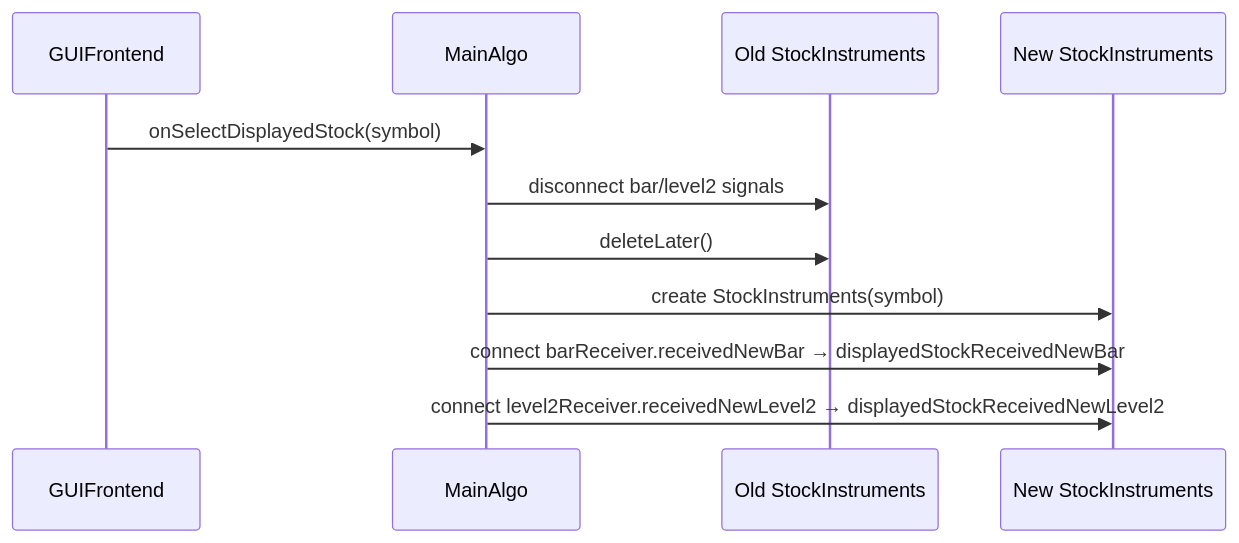
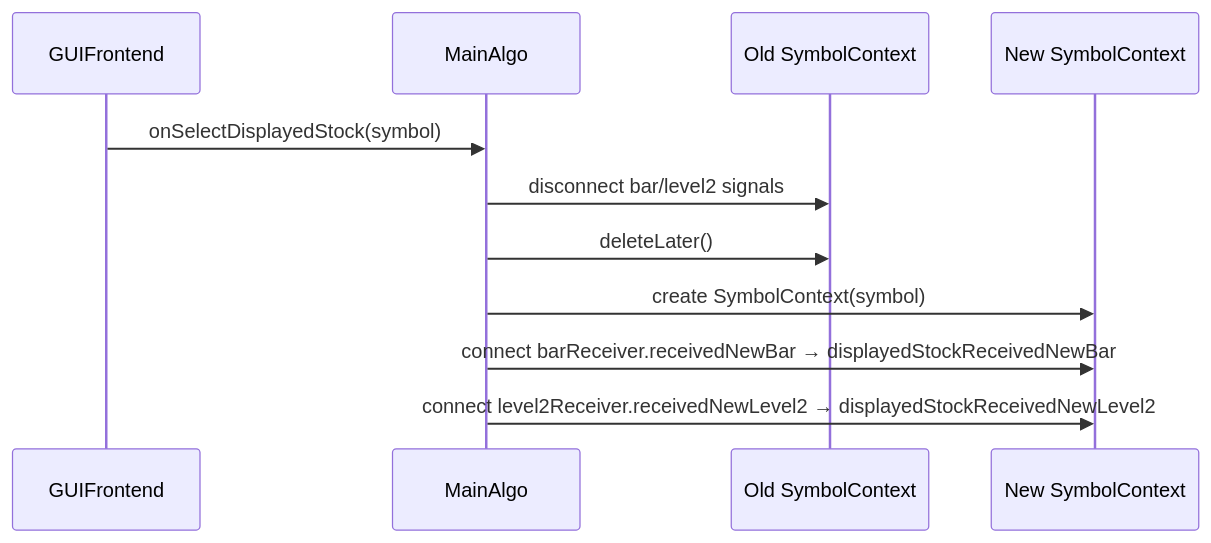
Before and after one commit to simonbeaudoin0935/OpenTraderPlatform: the third of 3 diagrams in Src/Algo/AGENTS.md, drawn with Mermaid. The commit also changed other lines of this file and 15 other files, not shown here.

First line of the commit message:
Phase 1: rename StockInstruments → SymbolContext

````diff
--- a/Src/Algo/AGENTS.md
+++ b/Src/Algo/AGENTS.md
@@ -455,14 +455,14 @@
 ```mermaid
 sequenceDiagram
     participant Frontend as GUIFrontend
     participant MainAlgo
-    participant Old as Old StockInstruments
-    participant New as New StockInstruments
+    participant Old as Old SymbolContext
+    participant New as New SymbolContext
 
     Frontend->>MainAlgo: onSelectDisplayedStock(symbol)
     MainAlgo->>Old: disconnect bar/level2 signals
     MainAlgo->>Old: deleteLater()
-    MainAlgo->>New: create StockInstruments(symbol)
+    MainAlgo->>New: create SymbolContext(symbol)
     MainAlgo->>New: connect barReceiver.receivedNewBar → displayedStockReceivedNewBar
     MainAlgo->>New: connect level2Receiver.receivedNewLevel2 → displayedStockReceivedNewLevel2
 ```
````
